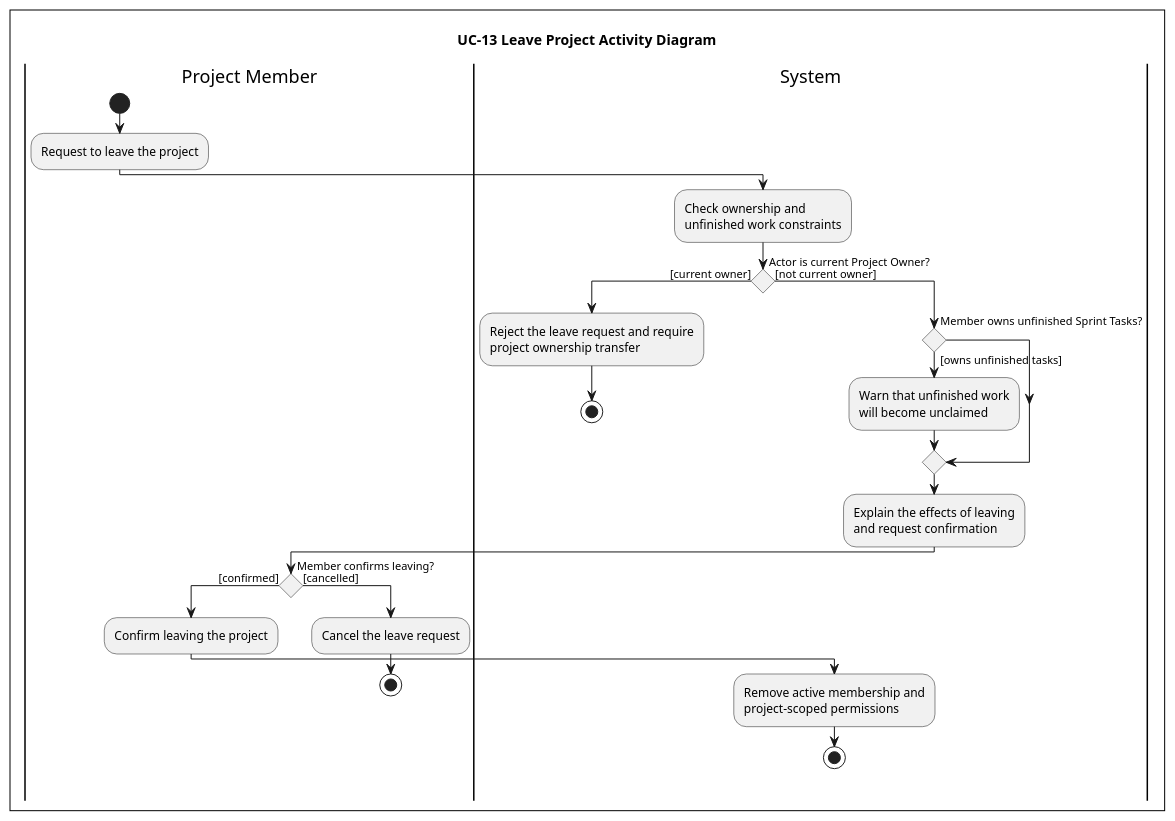
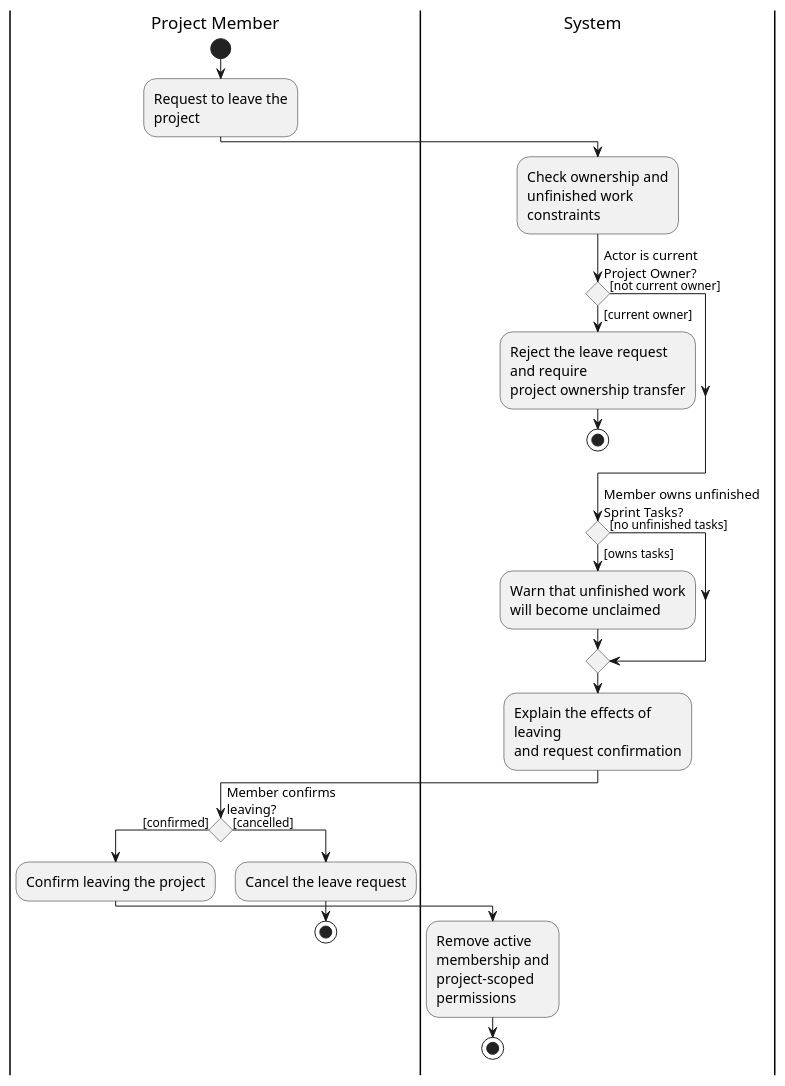
The diagram in diagrams/activity/nguyen-an-binh/UC-13-leave-project.puml (lukenab/swd392-doc-automation), drawn with PlantUML before and after one commit. The commit also changed 4 other files, not shown here.

Commit message:
feat: add script to render activity diagrams in SVG and PNG formats

```diff
--- a/diagrams/activity/nguyen-an-binh/UC-13-leave-project.puml
+++ b/diagrams/activity/nguyen-an-binh/UC-13-leave-project.puml
@@ -1,48 +1,54 @@
 @startuml
 
-title UC-13 Leave Project Activity Diagram
+!pragma useVerticalIf on
 
 skinparam defaultFontName "Times New Roman"
+skinparam activityFontSize 14
+skinparam activityDiamondFontSize 13
+skinparam arrowFontSize 12
+skinparam swimlaneTitleFontSize 17
+skinparam swimlaneWidth 200
+skinparam wrapWidth 180
 skinparam conditionStyle diamond
 skinparam ConditionEndStyle diamond
 skinparam shadowing false
-skinparam DiagramBorderColor black
-skinparam DiagramBorderThickness 1
 
 |Project Member|
 start
 :Request to leave the project;
 
 |System|
 :Check ownership and
 unfinished work constraints;
 
-if (Actor is current Project Owner?) then ([current owner])
+if (Actor is current\nProject Owner?) then ([current owner])
     :Reject the leave request and require
     project ownership transfer;
     stop
 else ([not current owner])
-    if (Member owns unfinished Sprint Tasks?) then ([owns unfinished tasks])
-        :Warn that unfinished work
-        will become unclaimed;
-    endif
+endif
 
-    :Explain the effects of leaving
-    and request confirmation;
+if (Member owns unfinished\nSprint Tasks?) then ([owns tasks])
+    :Warn that unfinished work
+    will become unclaimed;
+else ([no unfinished tasks])
+endif
 
+:Explain the effects of leaving
+and request confirmation;
+
+|Project Member|
+if (Member confirms\nleaving?) then ([confirmed])
+    :Confirm leaving the project;
+
+    |System|
+    :Remove active membership and
+    project-scoped permissions;
+    stop
+else ([cancelled])
     |Project Member|
-    if (Member confirms leaving?) then ([confirmed])
-        :Confirm leaving the project;
-
-        |System|
-        :Remove active membership and
-        project-scoped permissions;
-        stop
-    else ([cancelled])
-        |Project Member|
-        :Cancel the leave request;
-        stop
-    endif
+    :Cancel the leave request;
+    stop
 endif
 
 @enduml
```
